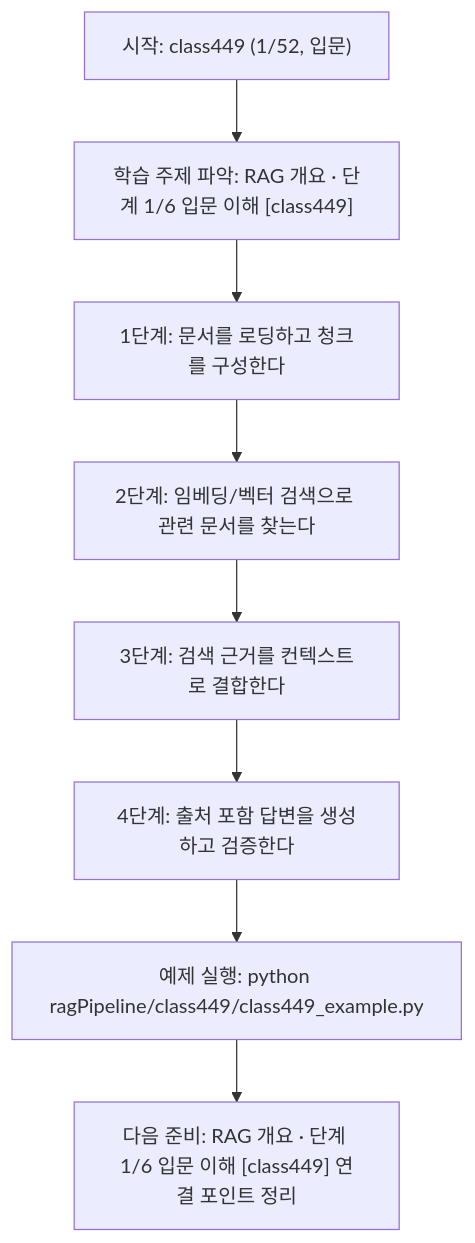
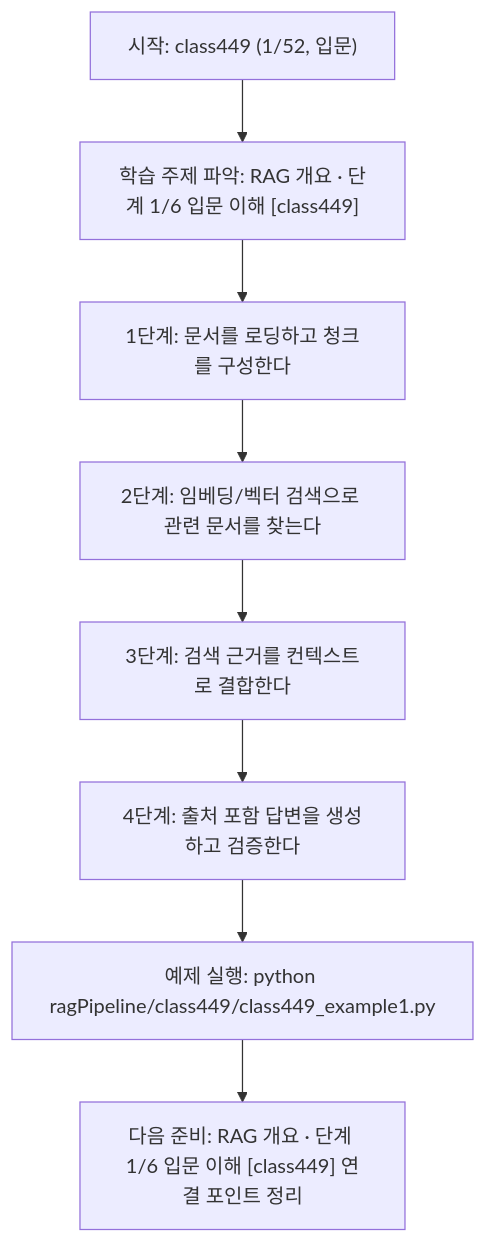
The diagram in ragPipeline/class449/class449.md (edumgt/Python-AI_Agent-Class), drawn with Mermaid before and after one commit. The commit also changed other lines of this file and 2959 other files, not shown here.

````diff
--- a/ragPipeline/class449/class449.md
+++ b/ragPipeline/class449/class449.md
@@ -110,18 +110,18 @@
 ```mermaid
 flowchart TD
 N1["시작: class449 (1/52, 입문)"]
 N2["학습 주제 파악: RAG 개요 · 단계 1/6 입문 이해 [class449]"]
 N3["1단계: 문서를 로딩하고 청크를 구성한다"]
 N4["2단계: 임베딩/벡터 검색으로 관련 문서를 찾는다"]
 N5["3단계: 검색 근거를 컨텍스트로 결합한다"]
 N6["4단계: 출처 포함 답변을 생성하고 검증한다"]
-N7["예제 실행: python ragPipeline/class449/class449_example.py"]
+N7["예제 실행: python ragPipeline/class449/class449_example1.py"]
 N8["다음 준비: RAG 개요 · 단계 1/6 입문 이해 [class449] 연결 포인트 정리"]
 N1 --> N2
 N2 --> N3
 N3 --> N4
 N4 --> N5
 N5 --> N6
 N6 --> N7
 N7 --> N8
 ```
````
